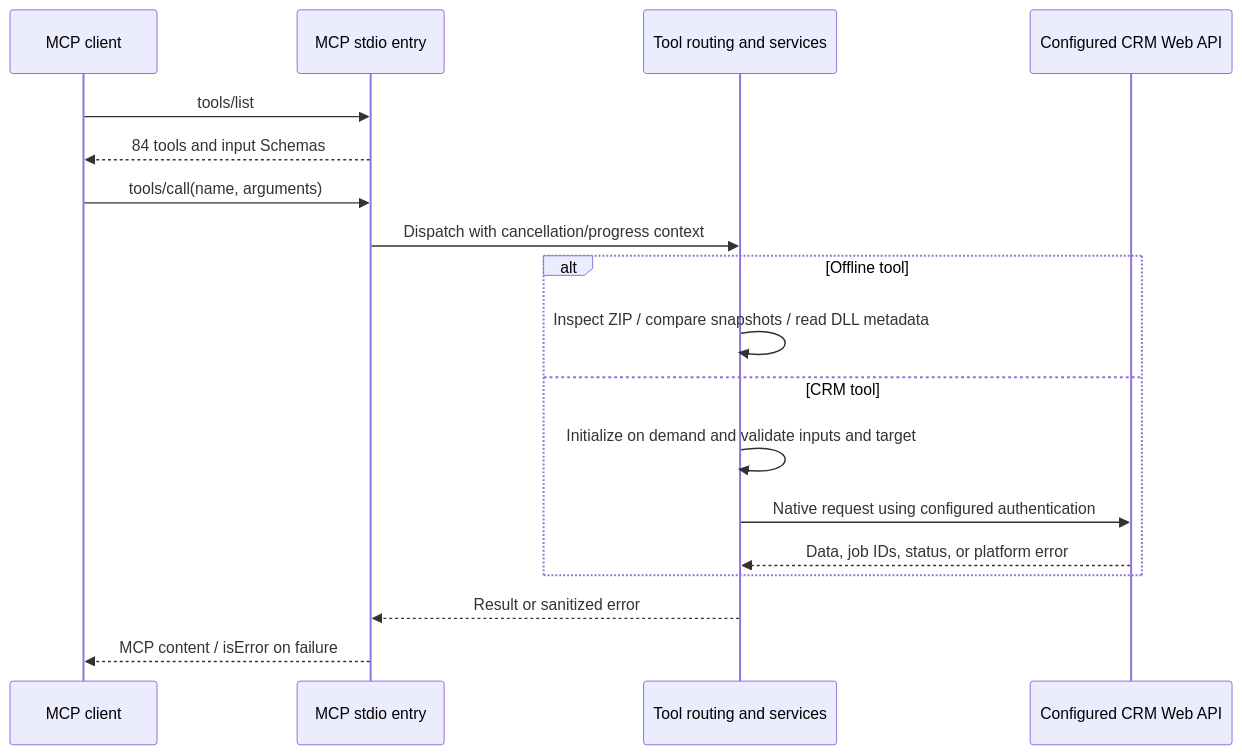
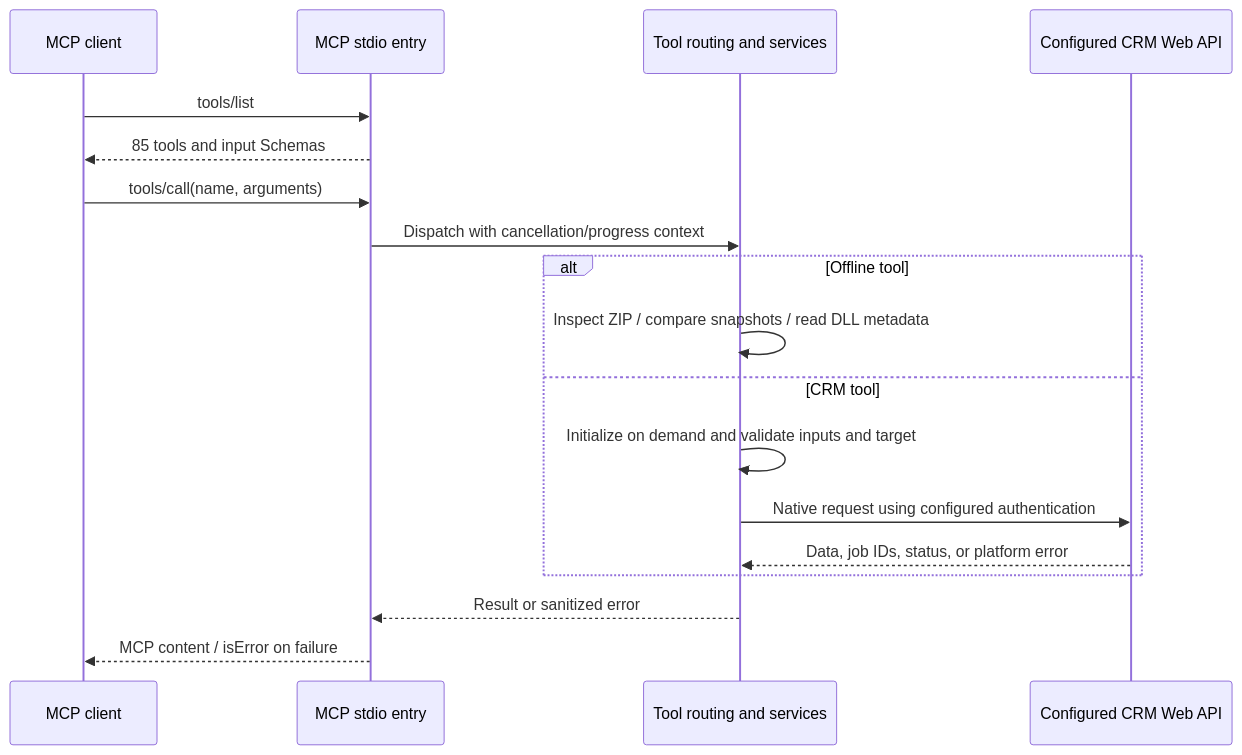
Before and after one commit to Kenny-666/Dynamics365-mcp-server: the second of 5 diagrams in README.en.md, drawn with Mermaid. The commit also changed other lines of this file and 23 other files, not shown here.

````diff
--- a/README.en.md
+++ b/README.en.md
@@ -101,20 +102,20 @@
 ```mermaid
 sequenceDiagram
     participant C as MCP client
     participant M as MCP stdio entry
     participant R as Tool routing and services
     participant A as Configured CRM Web API
     C->>M: tools/list
-    M-->>C: 84 tools and input Schemas
+    M-->>C: 85 tools and input Schemas
     C->>M: tools/call(name, arguments)
     M->>R: Dispatch with cancellation/progress context
     alt Offline tool
         R->>R: Inspect ZIP / compare snapshots / read DLL metadata
     else CRM tool
         R->>R: Initialize on demand and validate inputs and target
         R->>A: Native request using configured authentication
         A-->>R: Data, job IDs, status, or platform error
     end
     R-->>M: Result or sanitized error
     M-->>C: MCP content / isError on failure
 ```
````
